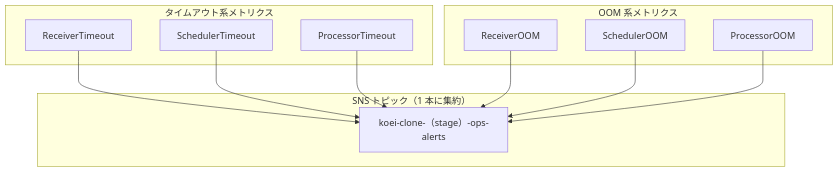
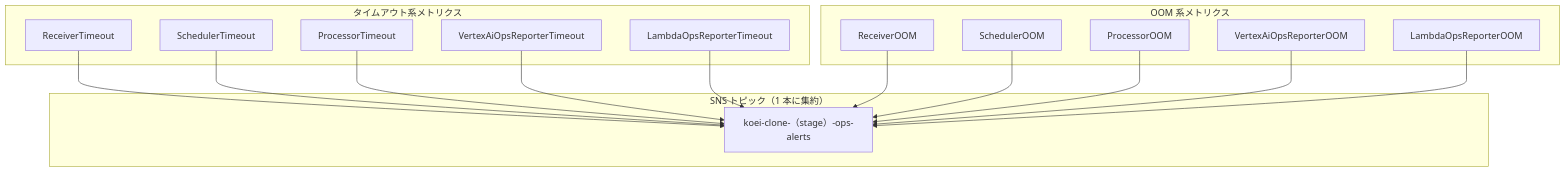
One commit to YoshimuraKoei/koei-clone changed diagram 11 of 11 in ARCHITECTURE.md. Above: the diagram before and after it, drawn with Mermaid. The commit also changed other lines of this file and 9 other files, not shown here.

````diff
--- a/ARCHITECTURE.md
+++ b/ARCHITECTURE.md
@@ -243,22 +270,30 @@
 ```mermaid
 flowchart TB
   subgraph T["タイムアウト系メトリクス"]
     t1[ReceiverTimeout]
     t2[SchedulerTimeout]
     t3[ProcessorTimeout]
+    t4[VertexAiOpsReporterTimeout]
+    t5[LambdaOpsReporterTimeout]
   end
   subgraph O["OOM 系メトリクス"]
     o1[ReceiverOOM]
     o2[SchedulerOOM]
     o3[ProcessorOOM]
+    o4[VertexAiOpsReporterOOM]
+    o5[LambdaOpsReporterOOM]
   end
   subgraph SNS["SNS トピック（1 本に集約）"]
     TOP["koei-clone-（stage）-ops-alerts"]
   end
   t1 --> TOP
   t2 --> TOP
   t3 --> TOP
+  t4 --> TOP
+  t5 --> TOP
   o1 --> TOP
   o2 --> TOP
   o3 --> TOP
+  o4 --> TOP
+  o5 --> TOP
 ```
````
